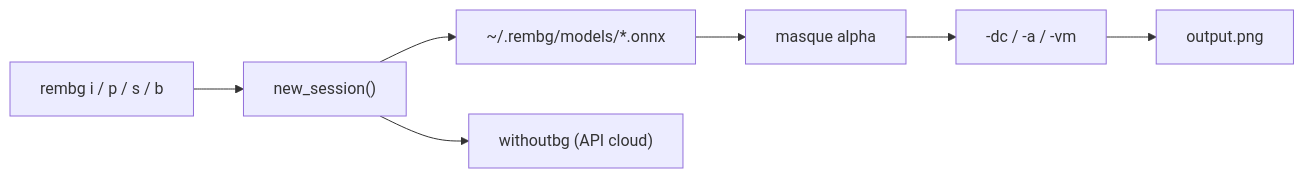
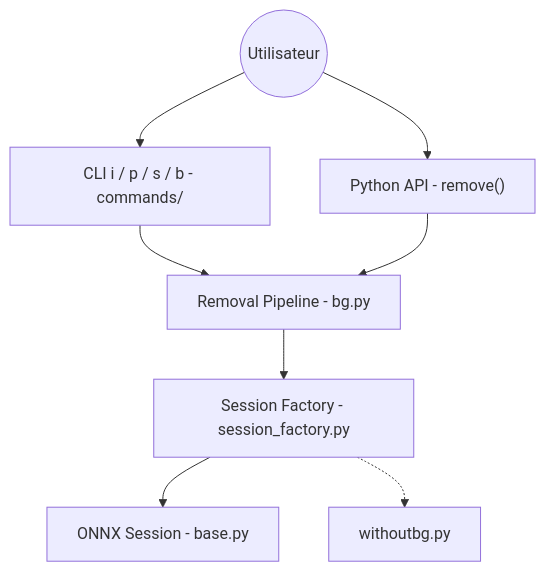
One commit to floSa/Veille-Repo changed the diagram in veille/.data/fiches/danielgatis__rembg.md. Above: the diagram before and after it, drawn with Mermaid. The commit also changed other lines of this file and 446 other files, not shown here.

Commit message:
Mise à jour du catalogue : 12 479 dépôts, 7 743 synthèses, 7 627 diagrammes

````diff
--- a/veille/.data/fiches/danielgatis__rembg.md
+++ b/veille/.data/fiches/danielgatis__rembg.md
@@ -31,9 +27,10 @@
 ```mermaid
-flowchart LR
-    CLI["rembg i / p / s / b"] --> SESSION["new_session()"]
-    SESSION --> MODELS["~/.rembg/models/*.onnx"]
-    SESSION --> API["withoutbg (API cloud)"]
-    MODELS --> MASK["masque alpha"]
-    MASK --> EDGE["-dc / -a / -vm"]
-    EDGE --> OUT["output.png"]
+flowchart TD
+    User(("Utilisateur")) --> CLI["CLI i / p / s / b - commands/"]
+    User --> API["Python API - remove()"]
+    CLI --> Remove["Removal Pipeline - bg.py"]
+    API --> Remove
+    Remove --> Factory["Session Factory - session_factory.py"]
+    Factory --> ONNX["ONNX Session - base.py"]
+    Factory -.-> Cloud["withoutbg.py"]
 ```
````
